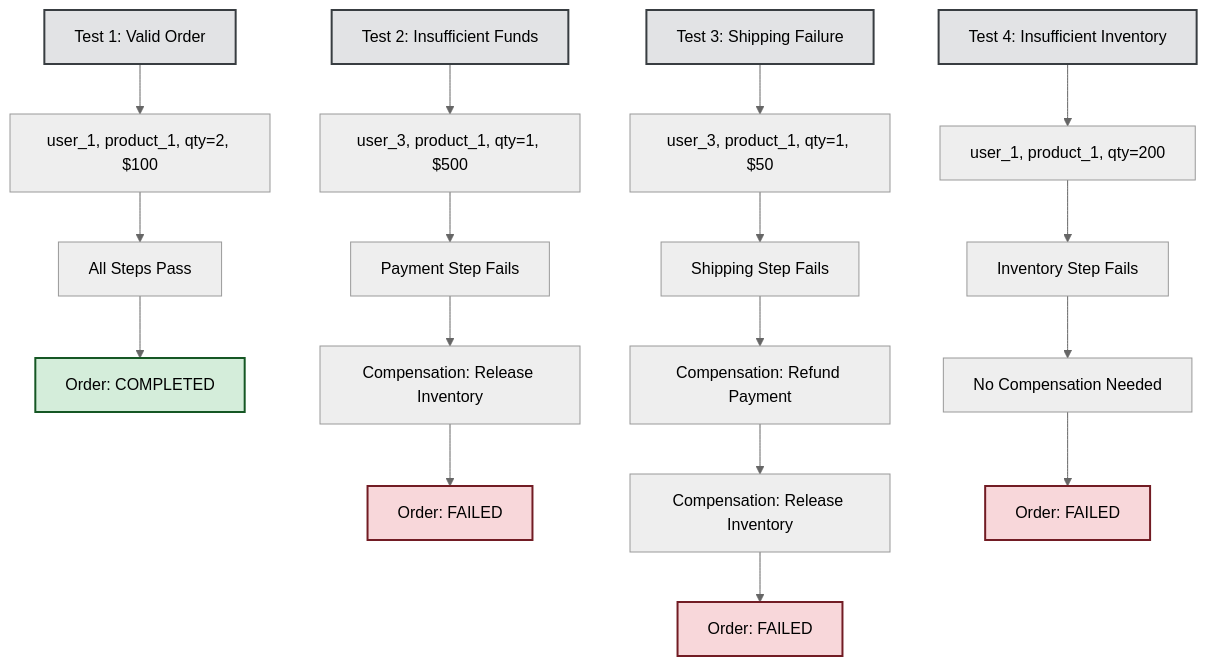
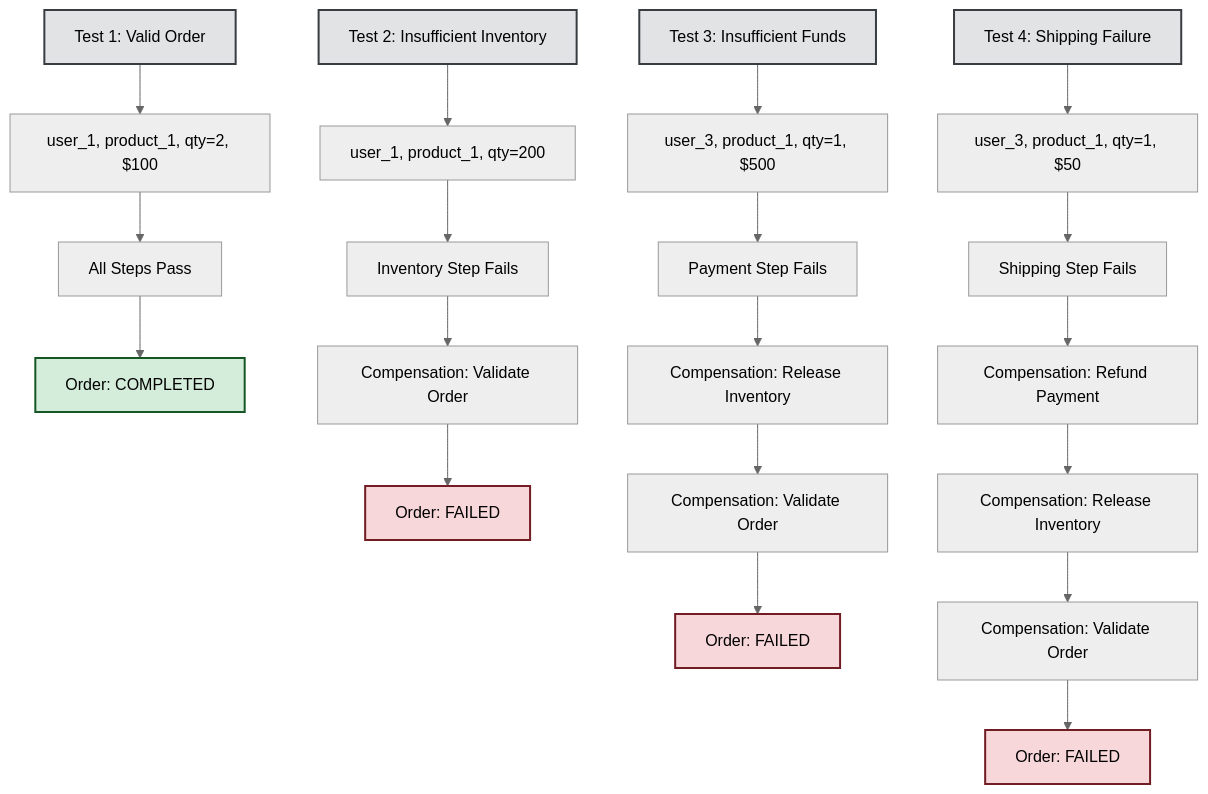
The fifth of 6 diagrams in docs/workflow.md (as10896/saga-demo), drawn with Mermaid (neutral theme) before and after one commit. The commit also changed other lines of this file and 10 other files, not shown here.

````diff
--- a/docs/workflow.md
+++ b/docs/workflow.md
@@ -227,35 +230,37 @@
 ```mermaid
 flowchart TD
     %% Test Scenario 1: Success
     A1[Test 1: Valid Order] --> B1[user_1, product_1, qty=2, $100]
     B1 --> C1[All Steps Pass]
     C1 --> D1[Order: COMPLETED]
 
-    %% Test Scenario 2: Payment Failure
-    A2[Test 2: Insufficient Funds] --> B2[user_3, product_1, qty=1, $500]
-    B2 --> C2[Payment Step Fails]
-    C2 --> D2[Compensation: Release Inventory]
+    %% Test Scenario 2: Inventory Failure
+    A2[Test 2: Insufficient Inventory] --> B2[user_1, product_1, qty=200]
+    B2 --> C2[Inventory Step Fails]
+    C2 --> D2[Compensation: Validate Order]
     D2 --> E2[Order: FAILED]
 
-    %% Test Scenario 3: Shipping Failure
-    A3[Test 3: Shipping Failure] --> B3[user_3, product_1, qty=1, $50]
-    B3 --> C3[Shipping Step Fails]
-    C3 --> D3[Compensation: Refund Payment]
-    D3 --> E3[Compensation: Release Inventory]
+    %% Test Scenario 3: Payment Failure
+    A3[Test 3: Insufficient Funds] --> B3[user_3, product_1, qty=1, $500]
+    B3 --> C3[Payment Step Fails]
+    C3 --> D3[Compensation: Release Inventory]
+    D3 --> E3[Compensation: Validate Order]
     E3 --> F3[Order: FAILED]
 
-    %% Test Scenario 4: Inventory Failure
-    A4[Test 4: Insufficient Inventory] --> B4[user_1, product_1, qty=200]
-    B4 --> C4[Inventory Step Fails]
-    C4 --> D4[No Compensation Needed]
-    D4 --> E4[Order: FAILED]
+    %% Test Scenario 4: Shipping Failure
+    A4[Test 4: Shipping Failure] --> B4[user_3, product_1, qty=1, $50]
+    B4 --> C4[Shipping Step Fails]
+    C4 --> D4[Compensation: Refund Payment]
+    D4 --> E4[Compensation: Release Inventory]
+    E4 --> F4[Compensation: Validate Order]
+    F4 --> G4[Order: FAILED]
 
     %% Styling
     classDef success fill:#d4edda,stroke:#155724,stroke-width:2px
     classDef failure fill:#f8d7da,stroke:#721c24,stroke-width:2px
     classDef test fill:#e2e3e5,stroke:#383d41,stroke-width:2px
 
     class D1 success
-    class E2,F3,E4 failure
+    class E2,F3,G4 failure
     class A1,A2,A3,A4 test
 ```
````
